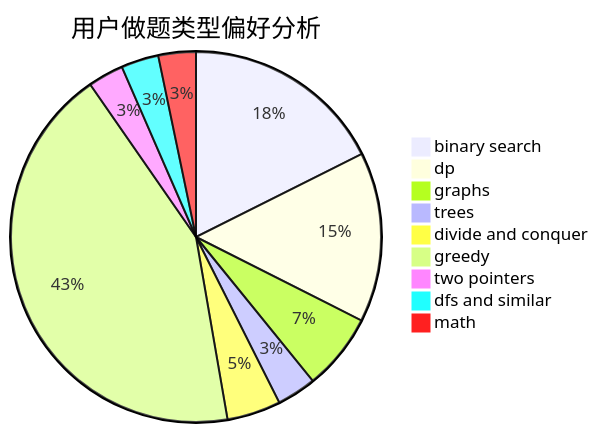
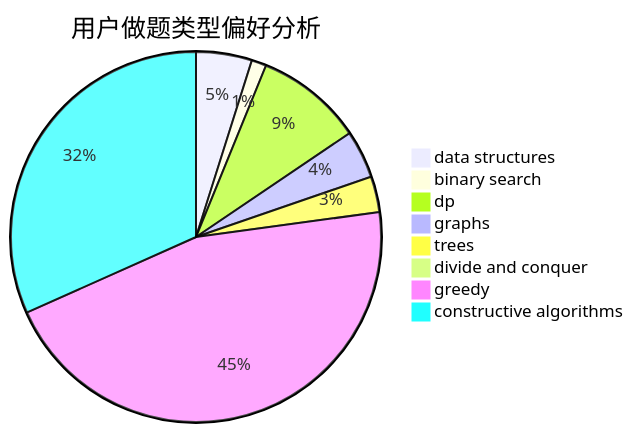
Before and after one commit to sherpahu/cfrs.github.io: the second of 3 diagrams in docs/user/u1477.md, drawn with Mermaid. The commit also changed other lines of this file and 2775 other files, not shown here.

````diff
--- a/docs/user/u1477.md
+++ b/docs/user/u1477.md
@@ -23,12 +23,11 @@
 ```mermaid
 pie title 用户做题类型偏好分析
-    "binary search" :  323
-    "dp" :  272
-    "graphs" :  123
-    "trees" :  63
-    "divide and conquer" :  86
-    "greedy" :  790
-    "two pointers" :  57
-    "dfs and similar" :  60
-    "math" :  60
+    "data structures" :  64
+    "binary search" :  17
+    "dp" :  123
+    "graphs" :  55
+    "trees" :  41
+    "divide and conquer" :  3
+    "greedy" :  597
+    "constructive algorithms" :  416
 ```
````
